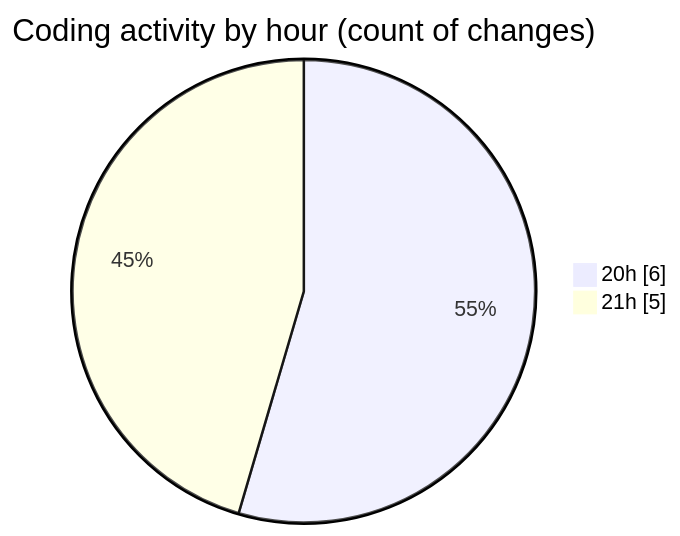
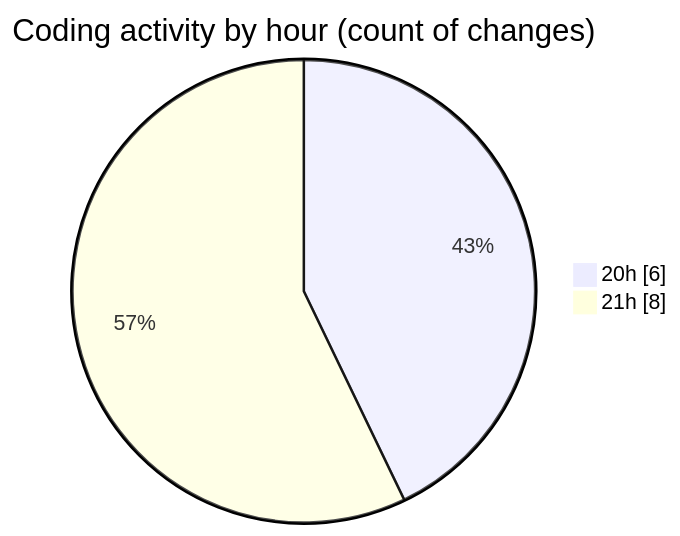
Before and after one commit to MatusMokan/code-tracking: the second of 2 diagrams in 2025-03-12/myws__workspace_/README.md, drawn with Mermaid. The commit also changed other lines of this file and 1 other file, not shown here.

````diff
--- a/2025-03-12/myws__workspace_/README.md
+++ b/2025-03-12/myws__workspace_/README.md
@@ -28,6 +28,6 @@
 ```mermaid
 pie showData
 title Coding activity by hour (count of changes)
 "20h" : 6
-"21h" : 5
+"21h" : 8
 ```
````
